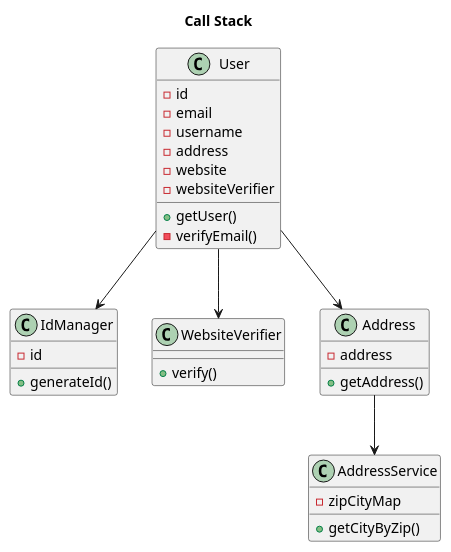
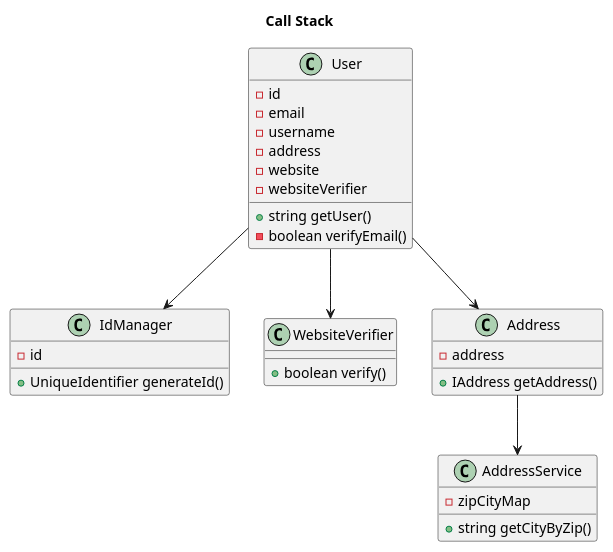
The diagram in uml.puml (artiphishle/ankh-uml), drawn with PlantUML before and after one commit. The commit also changed 7 other files, not shown here.

```diff
--- a/uml.puml
+++ b/uml.puml
@@ -1,45 +1,45 @@
 @startuml ankh-uml
 title Call Stack
 
 class IdManager
 {
   -id
-  +generateId()
+  +UniqueIdentifier generateId()
 }
 
 class WebsiteVerifier
 {
-  +verify()
+  +boolean verify()
 }
 
 class AddressService
 {
   -zipCityMap
-  +getCityByZip()
+  +string getCityByZip()
 }
 
 class Address
 {
   -address
-  +getAddress()
+  +IAddress getAddress()
 }
 
 class User
 {
   -id
   -email
   -username
   -address
   -website
   -websiteVerifier
-  +getUser()
-  -verifyEmail()
+  +string getUser()
+  -boolean verifyEmail()
 }
 
 
 Address --> AddressService
 User --> IdManager
 User --> WebsiteVerifier
 User --> Address
 
 @enduml
```
